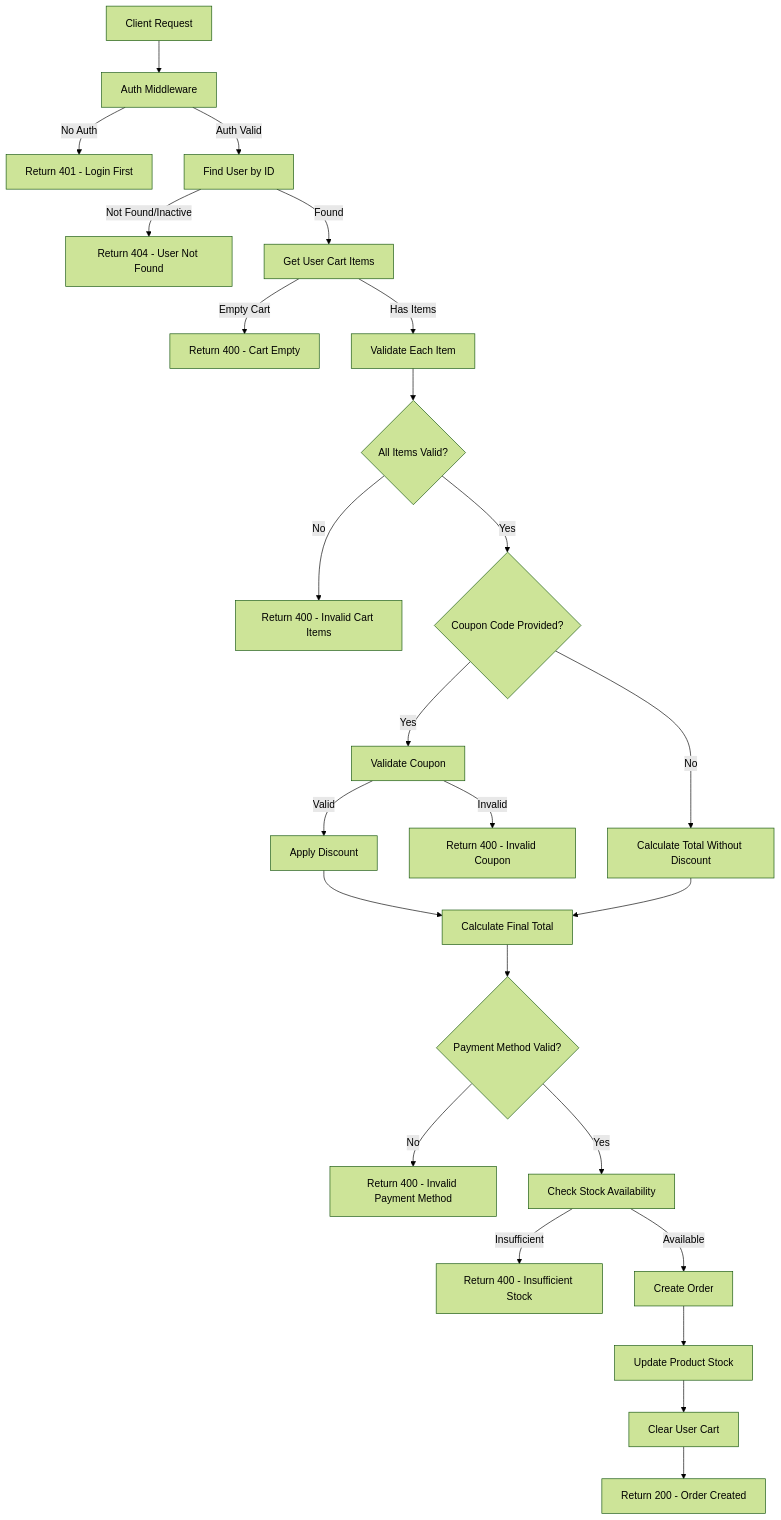
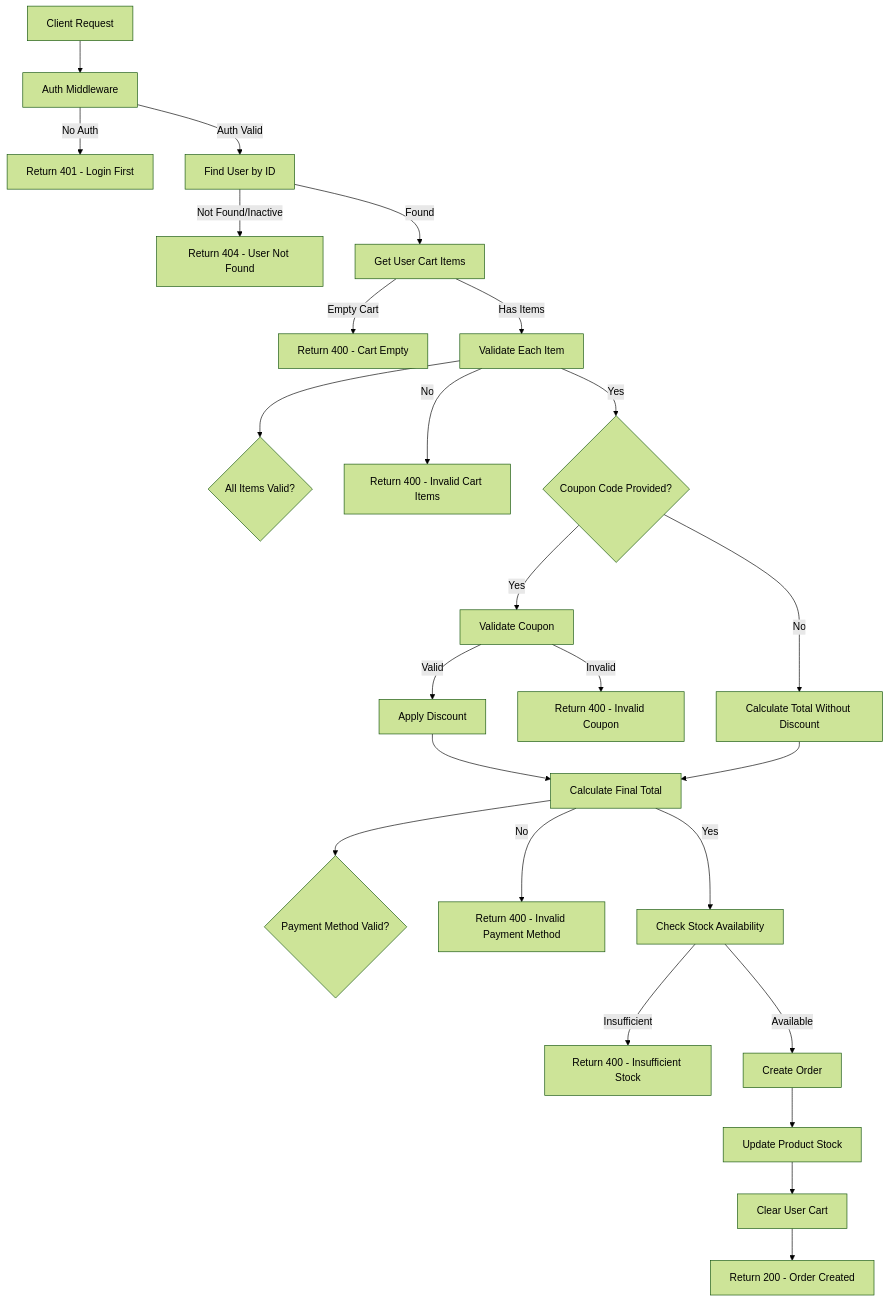
Diagram 37 of 46 in README.md (YB122/e-commerce-back-end), drawn with Mermaid (forest theme) before and after one commit. The commit also changed other lines of this file, not shown here.

````diff
--- a/README.md
+++ b/README.md
@@ -1085,27 +1052,27 @@
 ```mermaid
 flowchart TD
     A[Client Request] --> B[Auth Middleware]
     B -->|No Auth| C[Return 401 - Login First]
     B -->|Auth Valid| D[Find User by ID]
     D -->|Not Found/Inactive| E[Return 404 - User Not Found]
     D -->|Found| F[Get User Cart Items]
     F -->|Empty Cart| G[Return 400 - Cart Empty]
     F -->|Has Items| H[Validate Each Item]
     H --> I{All Items Valid?}
-    I -->|No| J[Return 400 - Invalid Cart Items]
-    I -->|Yes| K{Coupon Code Provided?}
+    H -->|No| J[Return 400 - Invalid Cart Items]
+    H -->|Yes| K{Coupon Code Provided?}
     K -->|Yes| L[Validate Coupon]
     K -->|No| M[Calculate Total Without Discount]
     L -->|Invalid| N[Return 400 - Invalid Coupon]
     L -->|Valid| O[Apply Discount]
     O --> P[Calculate Final Total]
     M --> P
     P --> Q{Payment Method Valid?}
-    Q -->|No| R[Return 400 - Invalid Payment Method]
-    Q -->|Yes| S[Check Stock Availability]
+    P -->|No| R[Return 400 - Invalid Payment Method]
+    P -->|Yes| S[Check Stock Availability]
     S -->|Insufficient| T[Return 400 - Insufficient Stock]
     S -->|Available| U[Create Order]
     U --> V[Update Product Stock]
     V --> W[Clear User Cart]
     W --> X[Return 200 - Order Created]
 ```
````
